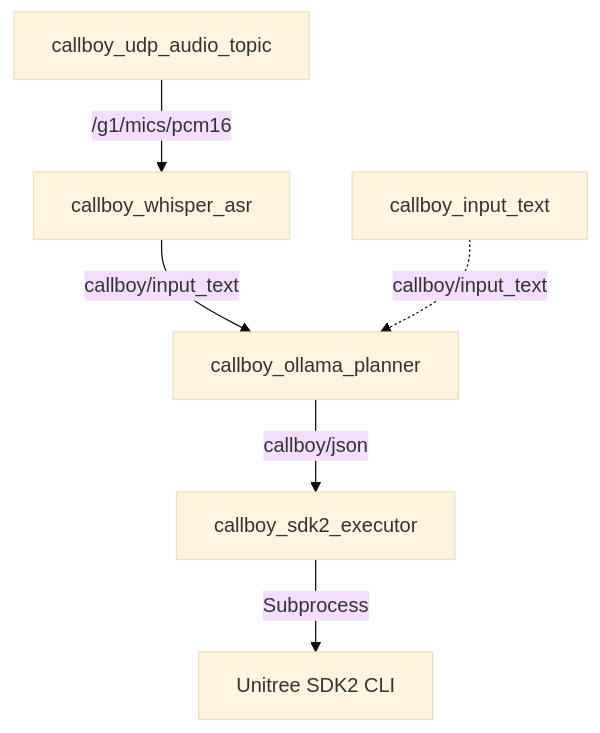
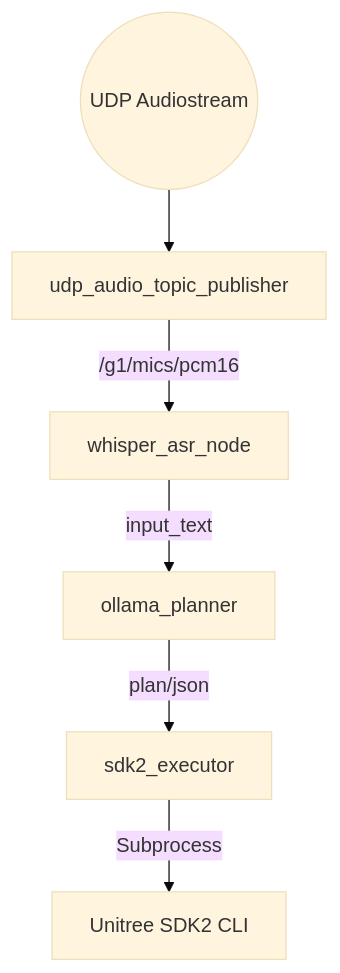
One commit to Bigfire3/CallBoy changed the diagram in README.md. Above: the diagram before and after it, drawn with Mermaid (base theme).

Commit message:
Update FlowChart

````diff
--- a/README.md
+++ b/README.md
@@ -9,8 +9,8 @@
 ```mermaid
 flowchart TD
-    UDP["callboy_udp_audio_topic"] -->|"/g1/mics/pcm16"| ASR["callboy_whisper_asr"]
-    ASR -->|"callboy/input_text"| PLAN["callboy_ollama_planner"]
-    IN["callboy_input_text"] -.->|"callboy/input_text"| PLAN
-    PLAN -->|"callboy/json"| EXEC["callboy_sdk2_executor"]
+    MIC(("UDP Audiostream")) --> UDP["udp_audio_topic_publisher"]
+    UDP -->|"/g1/mics/pcm16"| ASR["whisper_asr_node"]
+    ASR -->|"input_text"| PLAN["ollama_planner"]
+    PLAN -->|"plan/json"| EXEC["sdk2_executor"]
     EXEC -->|Subprocess| SDK["Unitree SDK2 CLI"]
 ```
````
